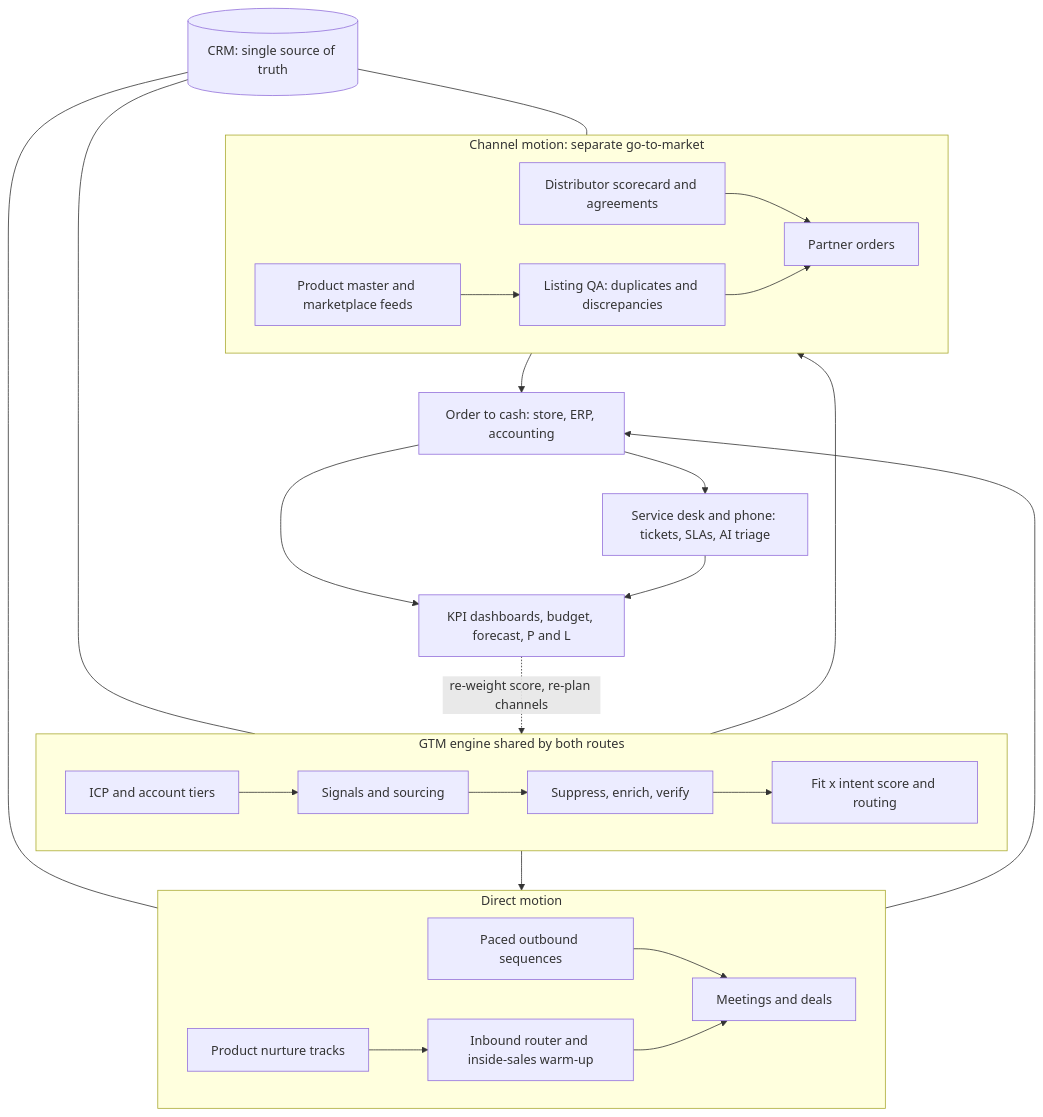
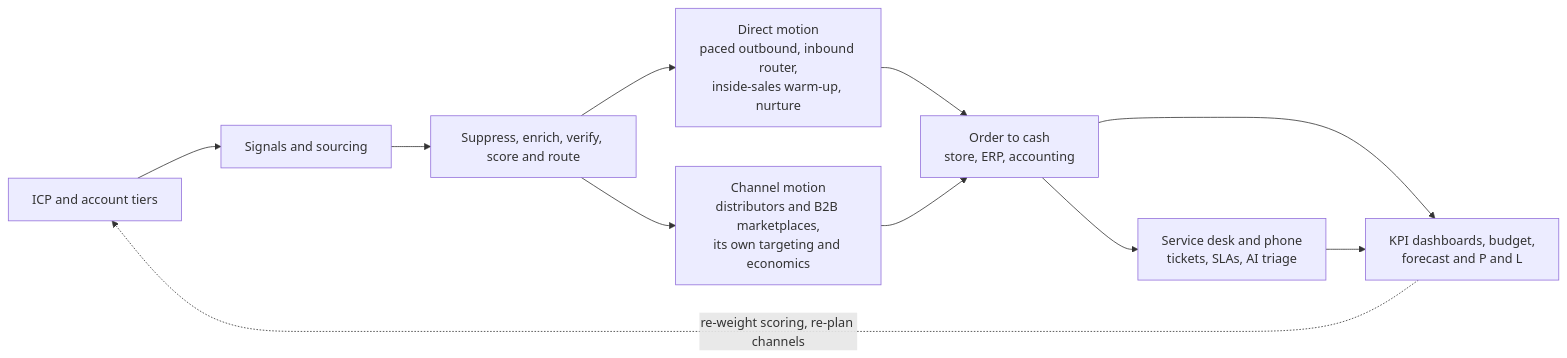
One commit to rbanola1/rbanola1 changed the third of 3 diagrams in README.md. Above: the diagram before and after it, drawn with Mermaid. The commit also changed other lines of this file, not shown here.

Commit message:
Profile: simpler GTM engine diagram

````diff
--- a/README.md
+++ b/README.md
@@ -101,32 +101,13 @@
 ```mermaid
-flowchart TB
-    subgraph ENG[GTM engine shared by both routes]
-      direction LR
-      A[ICP and account tiers] --> B[Signals and sourcing]
-      B --> C[Suppress, enrich, verify]
-      C --> D[Fit x intent score and routing]
-    end
-    D --> DIR
-    D --> CH
-    subgraph DIR[Direct motion]
-      direction LR
-      D1[Paced outbound sequences] --> D4[Meetings and deals]
-      D2[Inbound router and inside-sales warm-up] --> D4
-      D3[Product nurture tracks] --> D2
-    end
-    subgraph CH[Channel motion: separate go-to-market]
-      direction LR
-      C1[Distributor scorecard and agreements] --> C4[Partner orders]
-      C2[Product master and marketplace feeds] --> C3[Listing QA: duplicates and discrepancies]
-      C3 --> C4
-    end
-    D4 --> O2C[Order to cash: store, ERP, accounting]
-    C4 --> O2C
-    O2C --> SUP[Service desk and phone: tickets, SLAs, AI triage]
-    CRM[(CRM: single source of truth)] --- ENG
-    CRM --- DIR
-    CRM --- CH
-    O2C --> KPI[KPI dashboards, budget, forecast, P and L]
-    SUP --> KPI
-    KPI -.->|re-weight score, re-plan channels| ENG
+flowchart LR
+    A[ICP and account tiers] --> B[Signals and sourcing]
+    B --> C[Suppress, enrich, verify, score and route]
+    C --> D[Direct motion<br/>paced outbound, inbound router,<br/>inside-sales warm-up, nurture]
+    C --> E[Channel motion<br/>distributors and B2B marketplaces,<br/>its own targeting and economics]
+    D --> F[Order to cash<br/>store, ERP, accounting]
+    E --> F
+    F --> G[Service desk and phone<br/>tickets, SLAs, AI triage]
+    F --> H[KPI dashboards, budget,<br/>forecast and P and L]
+    G --> H
+    H -.->|re-weight scoring, re-plan channels| A
 ```
````
